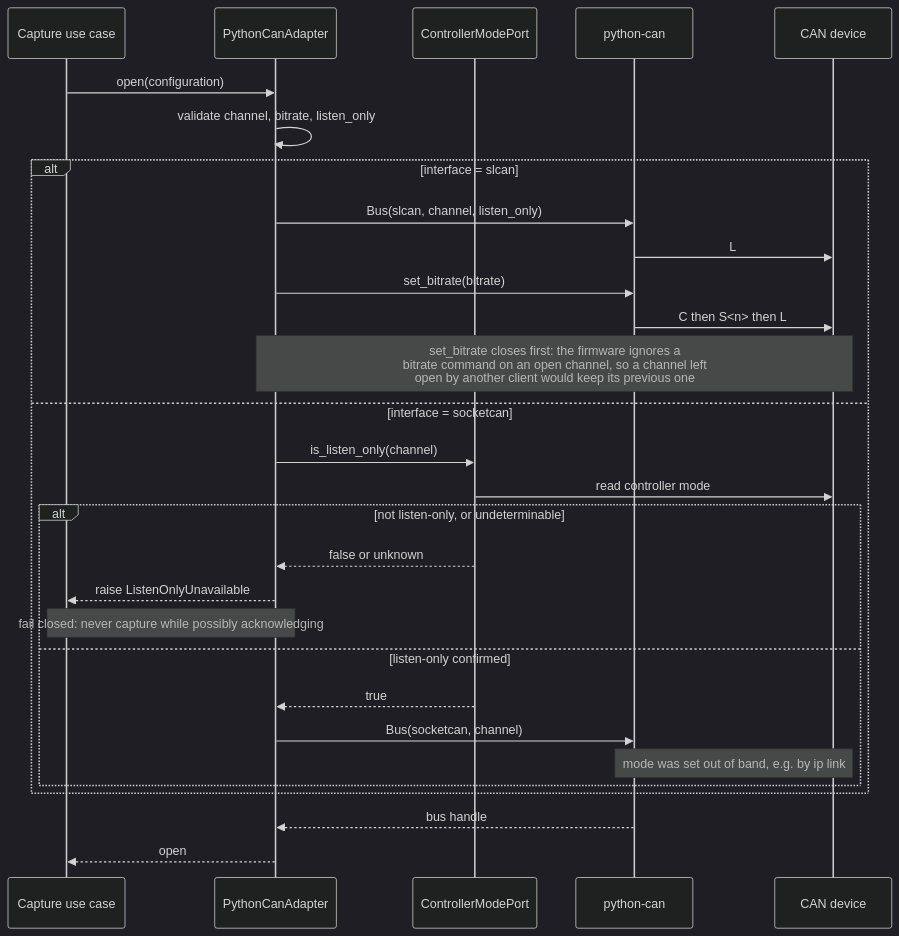
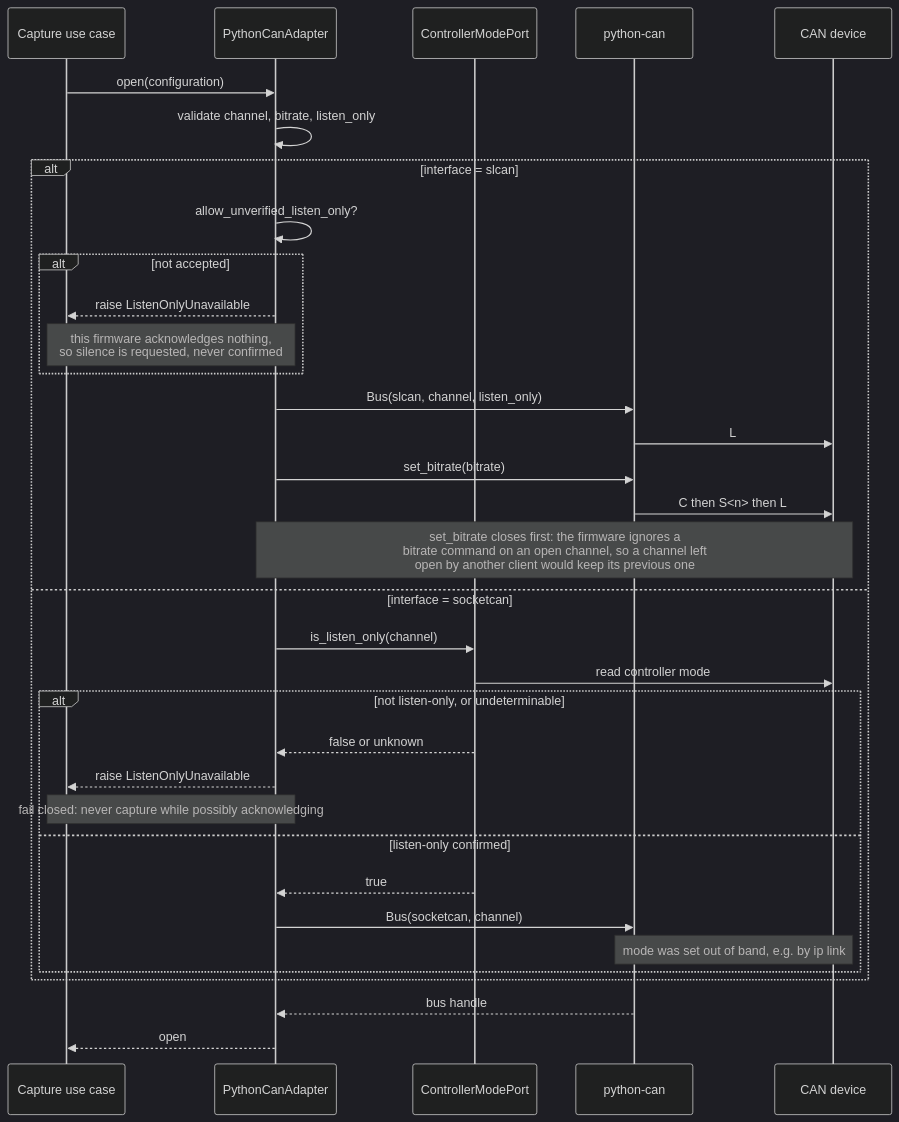
Before and after one commit to benoit-bremaud/can-sniffer: the diagram in docs/architecture/diagrams/can-capture/02-sequence-open.md, drawn with Mermaid (dark theme). The commit also changed other lines of this file and 5 other files, not shown here.

First line of the commit message:
feat(capture): refuse slcan until unverifiable silence is accepted

````diff
--- a/docs/architecture/diagrams/can-capture/02-sequence-open.md
+++ b/docs/architecture/diagrams/can-capture/02-sequence-open.md
@@ -17,34 +20,39 @@
 ```mermaid
 sequenceDiagram
     participant UseCase as Capture use case
     participant Adapter as PythonCanAdapter
     participant Mode as ControllerModePort
     participant Bus as python-can
     participant Device as CAN device
 
     UseCase->>Adapter: open(configuration)
     Adapter->>Adapter: validate channel, bitrate, listen_only
 
     alt interface = slcan
+        Adapter->>Adapter: allow_unverified_listen_only?
+        alt not accepted
+            Adapter-->>UseCase: raise ListenOnlyUnavailable
+            Note over Adapter,UseCase: this firmware acknowledges nothing,<br/>so silence is requested, never confirmed
+        end
         Adapter->>Bus: Bus(slcan, channel, listen_only)
         Bus->>Device: L
         Adapter->>Bus: set_bitrate(bitrate)
         Bus->>Device: C then S<n> then L
         Note over Adapter,Device: set_bitrate closes first: the firmware ignores a<br/>bitrate command on an open channel, so a channel left<br/>open by another client would keep its previous one
     else interface = socketcan
         Adapter->>Mode: is_listen_only(channel)
         Mode->>Device: read controller mode
         alt not listen-only, or undeterminable
             Mode-->>Adapter: false or unknown
             Adapter-->>UseCase: raise ListenOnlyUnavailable
             Note over Adapter,UseCase: fail closed: never capture while possibly acknowledging
         else listen-only confirmed
             Mode-->>Adapter: true
             Adapter->>Bus: Bus(socketcan, channel)
             Note over Bus,Device: mode was set out of band, e.g. by ip link
         end
     end
 
     Bus-->>Adapter: bus handle
     Adapter-->>UseCase: open
 ```
````
